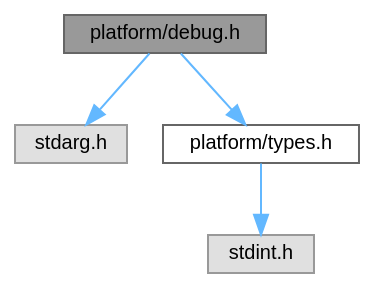
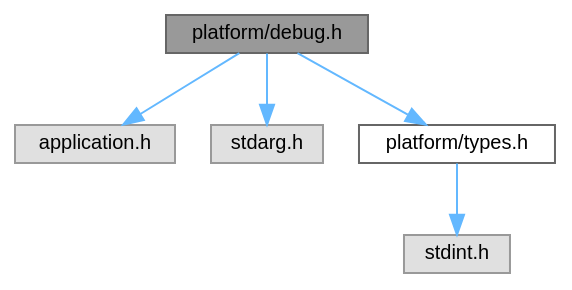
Before and after one commit to ebs-universe/piolib-platform: the diagram in debug_8h__incl.dot, drawn with Graphviz. The commit also changed 52 other files, not shown here.

```diff
--- a/debug_8h__incl.dot
+++ b/debug_8h__incl.dot
@@ -1,15 +1,17 @@
 digraph "platform/debug.h"
 {
  // INTERACTIVE_SVG=YES
  // LATEX_PDF_SIZE
   bgcolor="transparent";
   edge [fontname=Helvetica,fontsize=10,labelfontname=Helvetica,labelfontsize=10];
   node [fontname=Helvetica,fontsize=10,shape=box,height=0.2,width=0.4];
   Node1 [id="Node000001",label="platform/debug.h",height=0.2,width=0.4,color="gray40", fillcolor="grey60", style="filled", fontcolor="black",tooltip=" "];
   Node1 -> Node2 [id="edge1_Node000001_Node000002",color="steelblue1",style="solid",tooltip=" "];
-  Node2 [id="Node000002",label="stdarg.h",height=0.2,width=0.4,color="grey60", fillcolor="#E0E0E0", style="filled",tooltip=" "];
+  Node2 [id="Node000002",label="application.h",height=0.2,width=0.4,color="grey60", fillcolor="#E0E0E0", style="filled",tooltip=" "];
   Node1 -> Node3 [id="edge2_Node000001_Node000003",color="steelblue1",style="solid",tooltip=" "];
-  Node3 [id="Node000003",label="platform/types.h",height=0.2,width=0.4,color="grey40", fillcolor="white", style="filled",URL="$types_8h.html",tooltip=" "];
-  Node3 -> Node4 [id="edge3_Node000003_Node000004",color="steelblue1",style="solid",tooltip=" "];
-  Node4 [id="Node000004",label="stdint.h",height=0.2,width=0.4,color="grey60", fillcolor="#E0E0E0", style="filled",tooltip=" "];
+  Node3 [id="Node000003",label="stdarg.h",height=0.2,width=0.4,color="grey60", fillcolor="#E0E0E0", style="filled",tooltip=" "];
+  Node1 -> Node4 [id="edge3_Node000001_Node000004",color="steelblue1",style="solid",tooltip=" "];
+  Node4 [id="Node000004",label="platform/types.h",height=0.2,width=0.4,color="grey40", fillcolor="white", style="filled",URL="$types_8h.html",tooltip=" "];
+  Node4 -> Node5 [id="edge4_Node000004_Node000005",color="steelblue1",style="solid",tooltip=" "];
+  Node5 [id="Node000005",label="stdint.h",height=0.2,width=0.4,color="grey60", fillcolor="#E0E0E0", style="filled",tooltip=" "];
 }
```
